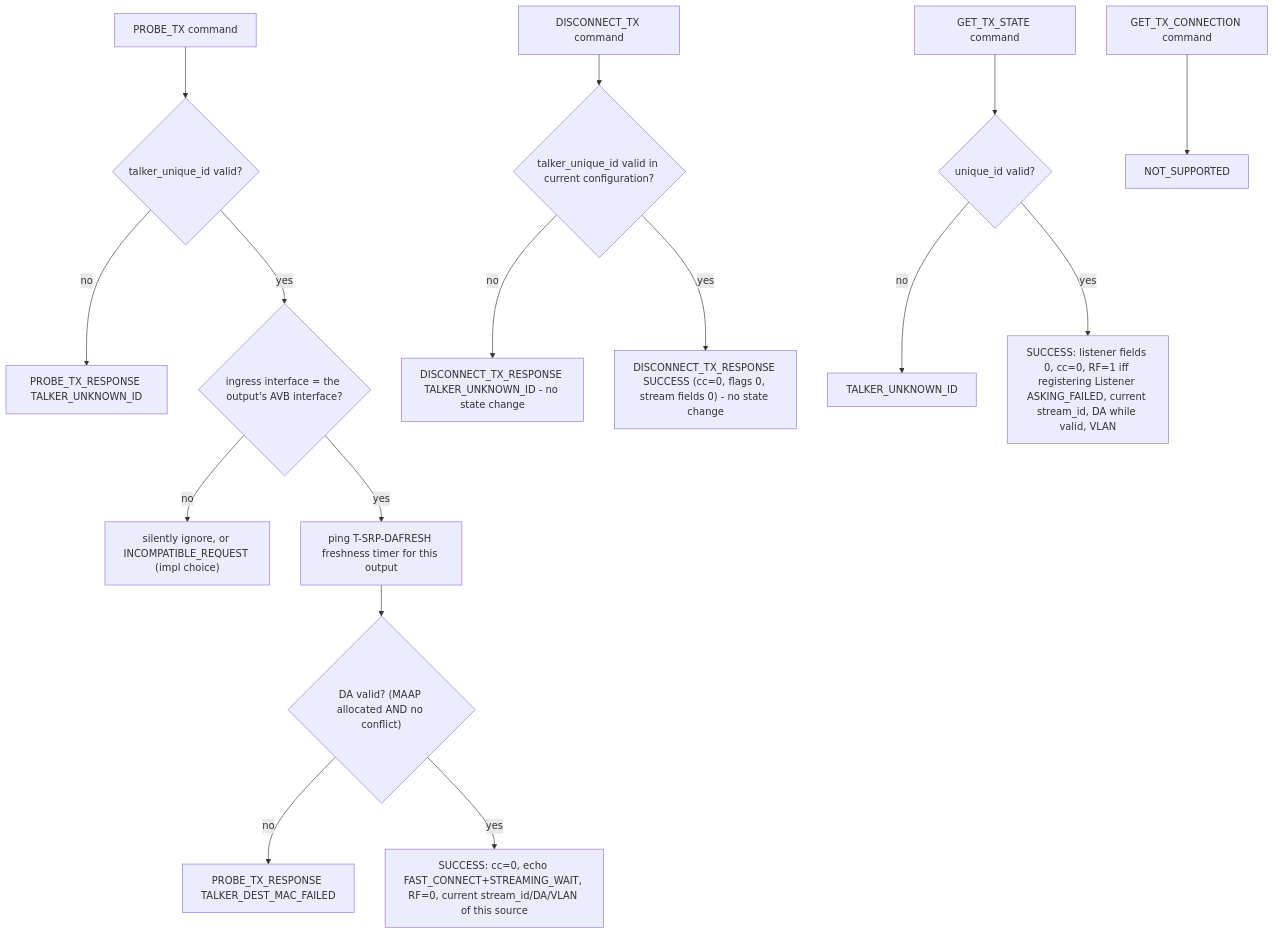
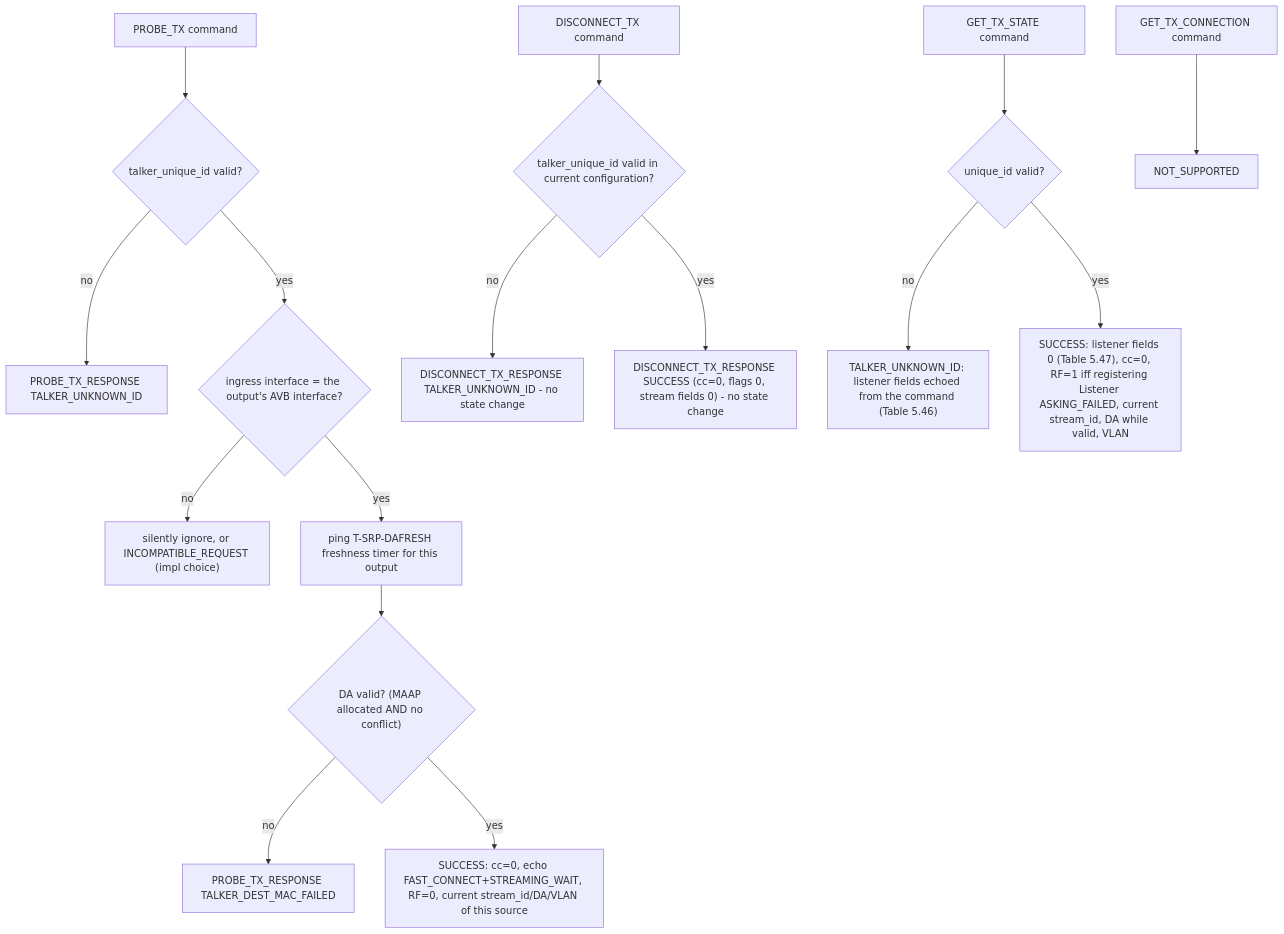
One commit to Mister-M-alt/protocol-processor-control-plane-avb-milan changed the sixth of 11 diagrams in docs/architecture/05_acmp_engine.md. Above: the diagram before and after it, drawn with Mermaid. The commit also changed other lines of this file and 5 other files, not shown here.

Commit message:
Echo the command's listener fields when GET_TX_STATE answers TALKER_UNKNOWN_ID (Milan v1.2 Table 5.46); success keeps Table 5.47's zeros (issue #205)

````diff
--- a/docs/architecture/05_acmp_engine.md
+++ b/docs/architecture/05_acmp_engine.md
@@ -406,18 +406,18 @@
 ```mermaid
 flowchart TB
   p["PROBE_TX command"] --> v1{"talker_unique_id valid?"}
   v1 -- no --> r1["PROBE_TX_RESPONSE TALKER_UNKNOWN_ID"]
   v1 -- yes --> v2{"ingress interface = the output's AVB interface?"}
   v2 -- no --> r2["silently ignore, or INCOMPATIBLE_REQUEST (impl choice)"]
   v2 -- yes --> ping["ping T-SRP-DAFRESH freshness timer for this output"]
   ping --> v3{"DA valid? (MAAP allocated AND no conflict)"}
   v3 -- no --> r3["PROBE_TX_RESPONSE TALKER_DEST_MAC_FAILED"]
   v3 -- yes --> r4["SUCCESS: cc=0, echo FAST_CONNECT+STREAMING_WAIT, RF=0, current stream_id/DA/VLAN of this source"]
   d["DISCONNECT_TX command"] --> v5{"talker_unique_id valid in current configuration?"}
   v5 -- no --> r9["DISCONNECT_TX_RESPONSE TALKER_UNKNOWN_ID - no state change"]
   v5 -- yes --> r5["DISCONNECT_TX_RESPONSE SUCCESS (cc=0, flags 0, stream fields 0) - no state change"]
   g["GET_TX_STATE command"] --> v4{"unique_id valid?"}
-  v4 -- no --> r6["TALKER_UNKNOWN_ID"]
-  v4 -- yes --> r7["SUCCESS: listener fields 0, cc=0, RF=1 iff registering Listener ASKING_FAILED, current stream_id, DA while valid, VLAN"]
+  v4 -- no --> r6["TALKER_UNKNOWN_ID: listener fields echoed from the command (Table 5.46)"]
+  v4 -- yes --> r7["SUCCESS: listener fields 0 (Table 5.47), cc=0, RF=1 iff registering Listener ASKING_FAILED, current stream_id, DA while valid, VLAN"]
   gc["GET_TX_CONNECTION command"] --> r8["NOT_SUPPORTED"]
 ```
````
